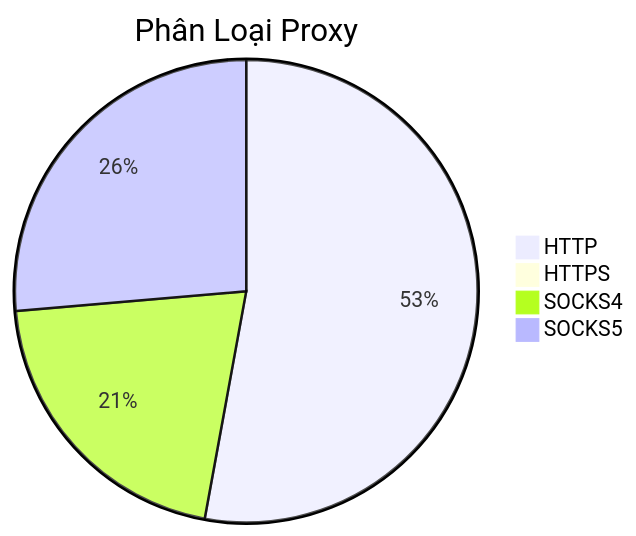
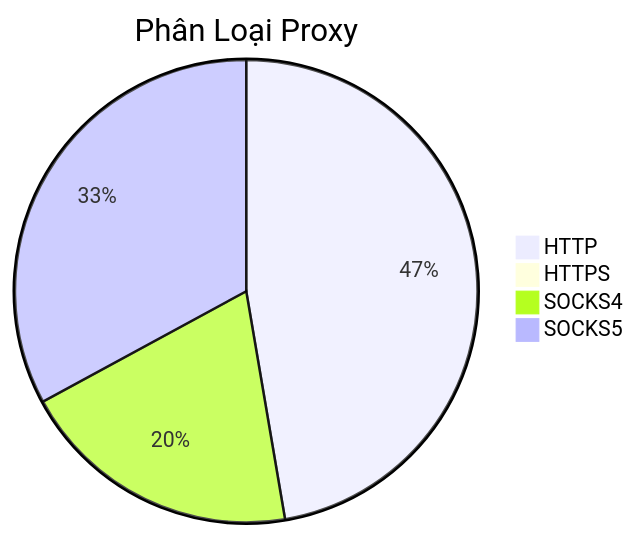
One commit to Ciara-12/PROXY-free changed the diagram in README.md. Above: the diagram before and after it, drawn with Mermaid. The commit also changed other lines of this file and 3 other files, not shown here.

````diff
--- a/README.md
+++ b/README.md
@@ -26,7 +26,7 @@
 ```mermaid
 pie title Phân Loại Proxy
-    "HTTP" : 708
+    "HTTP" : 414
     "HTTPS" : 0
-    "SOCKS4" : 278
-    "SOCKS5" : 353
+    "SOCKS4" : 173
+    "SOCKS5" : 288
 ```
````
